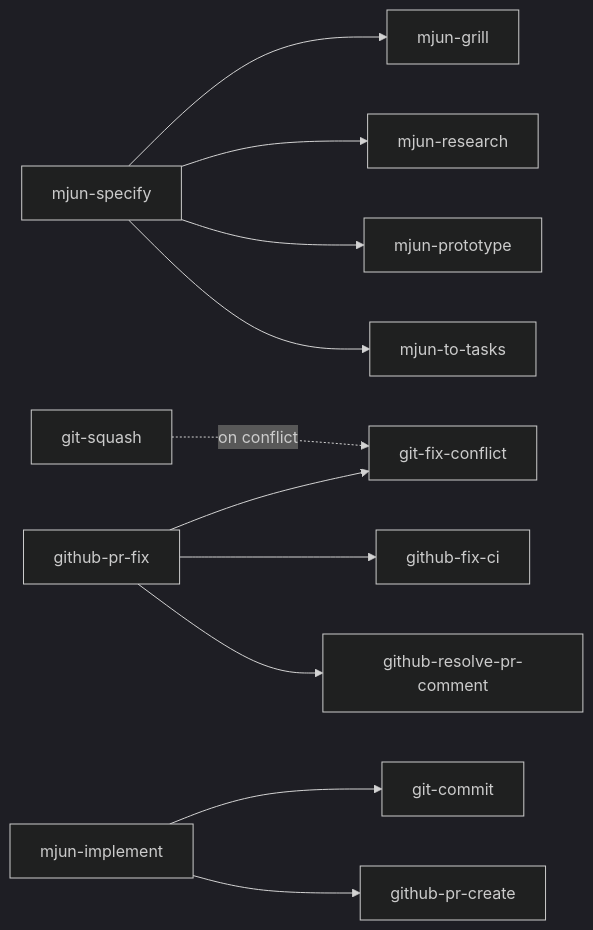
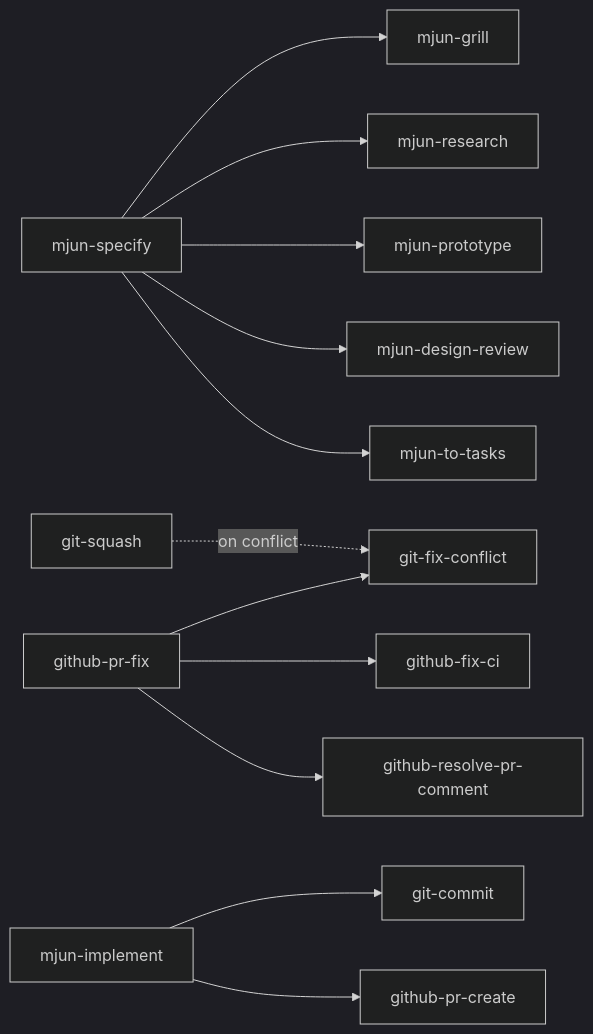
Before and after one commit to mjun0812/dotfiles: the diagram in doc/skills.md, drawn with Mermaid (dark theme). The commit also changed other lines of this file and 13 other files, not shown here.

First line of the commit message:
feat: require design.md in the mjun spec flow and add mjun-design-review

````diff
--- a/doc/skills.md
+++ b/doc/skills.md
@@ -102,16 +103,17 @@
 ```mermaid
 graph LR
     git-squash -. on conflict .-> git-fix-conflict
 
     mjun-specify --> mjun-grill
     mjun-specify --> mjun-research
     mjun-specify --> mjun-prototype
+    mjun-specify --> mjun-design-review
     mjun-specify --> mjun-to-tasks
 
     mjun-implement --> git-commit
     mjun-implement --> github-pr-create
 
     github-pr-fix --> git-fix-conflict
     github-pr-fix --> github-fix-ci
     github-pr-fix --> github-resolve-pr-comment
 ```
````
